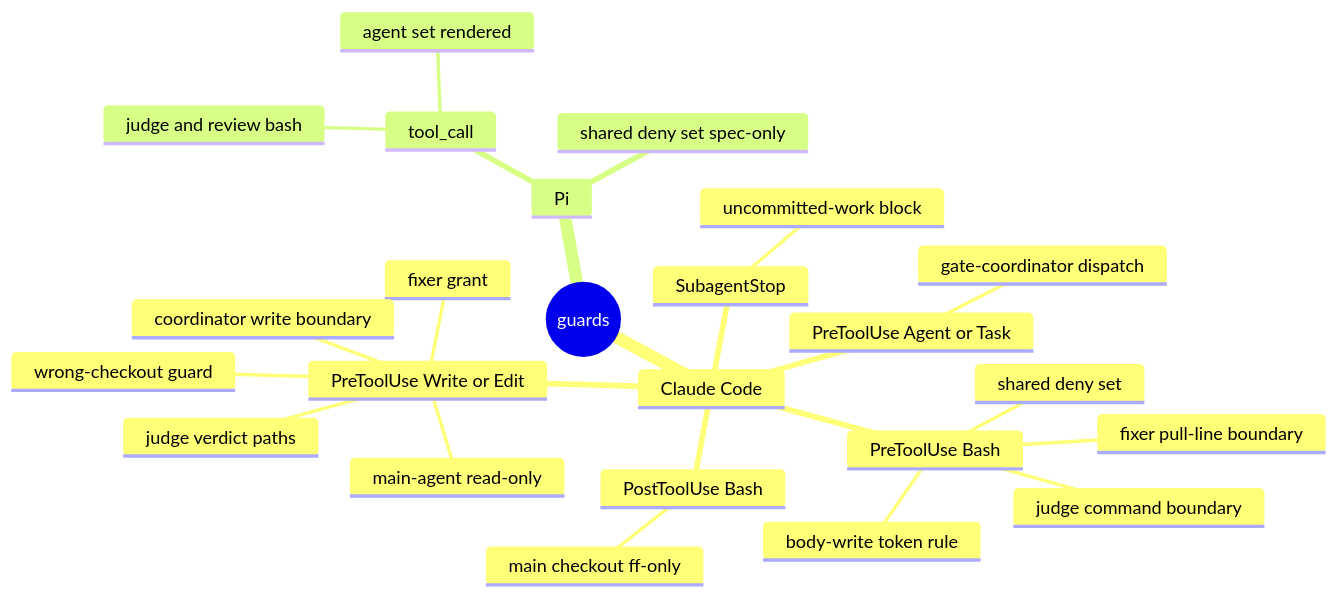
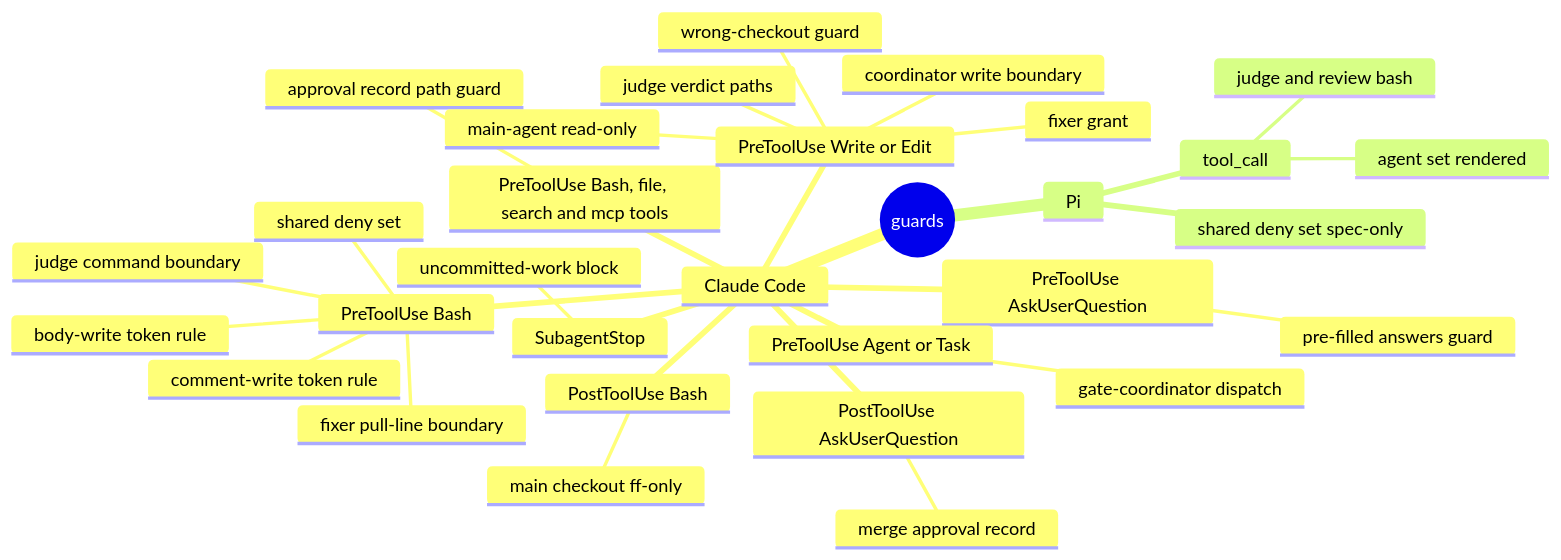
Before and after one commit to mfittko/dev-loops: diagram 12 of 16 in docs/atlas/09-hooks-and-guards.md, drawn with Mermaid. The commit also changed other lines of this file, not shown here.

````diff
--- a/docs/atlas/09-hooks-and-guards.md
+++ b/docs/atlas/09-hooks-and-guards.md
@@ -371,27 +390,34 @@
 ```mermaid
 mindmap
   root((guards))
     Claude Code
+      PreToolUse Bash, file, search and mcp tools
+        approval record path guard
+      PreToolUse AskUserQuestion
+        pre-filled answers guard
       PreToolUse Bash
         shared deny set
         judge command boundary
         fixer pull-line boundary
+        comment-write token rule
         body-write token rule
       PreToolUse Write or Edit
         fixer grant
         judge verdict paths
         wrong-checkout guard
         main-agent read-only
         coordinator write boundary
       PreToolUse Agent or Task
         gate-coordinator dispatch
+      PostToolUse AskUserQuestion
+        merge approval record
       PostToolUse Bash
         main checkout ff-only
       SubagentStop
         uncommitted-work block
     Pi
       tool_call
         judge and review bash
         agent set rendered
       shared deny set spec-only
 ```
````
